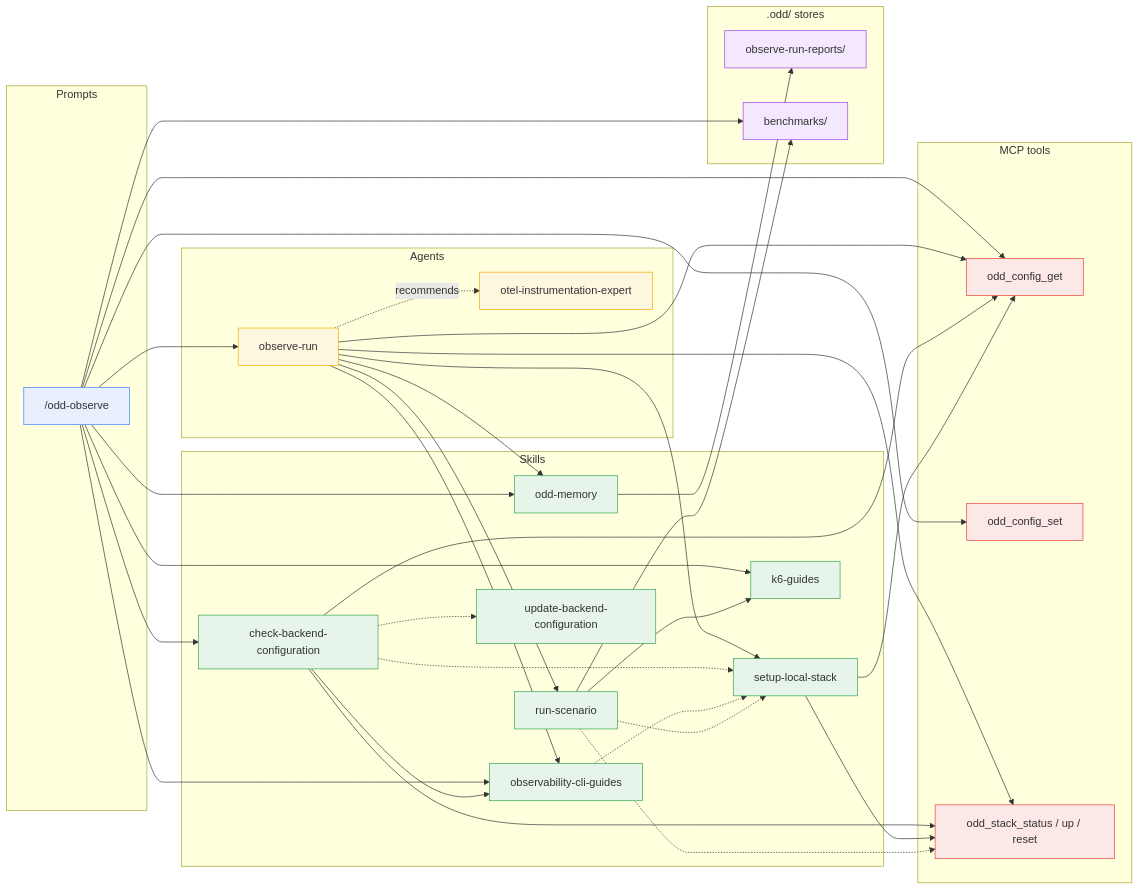
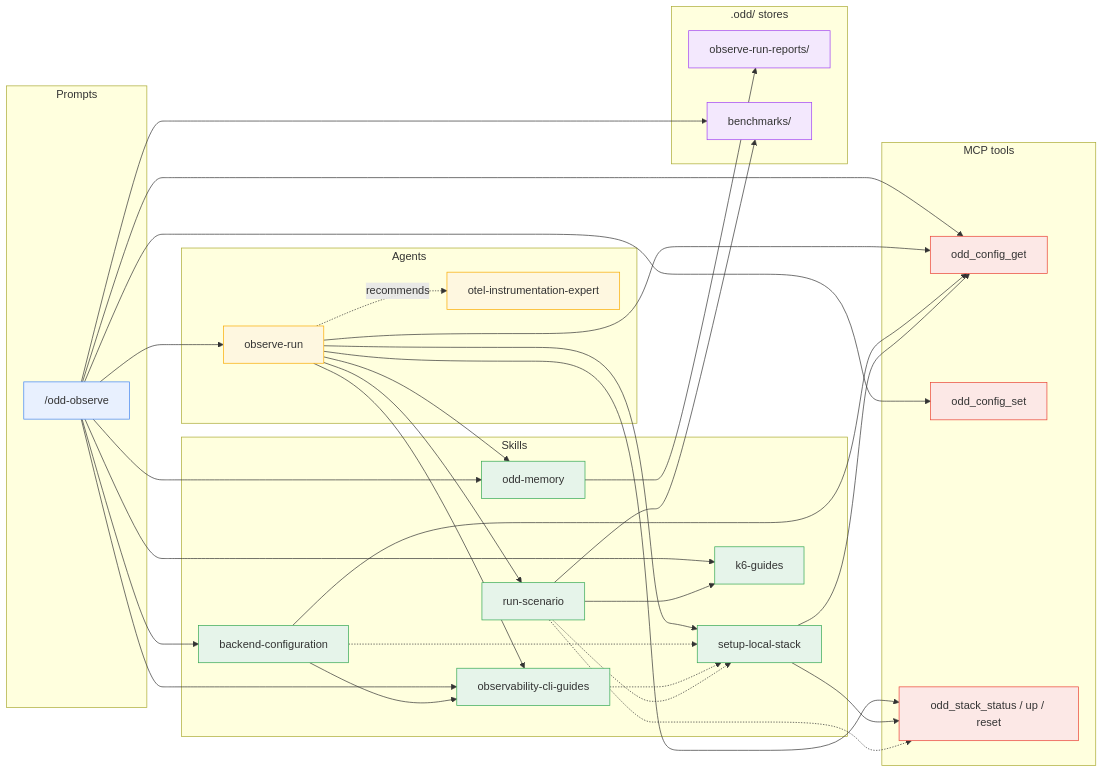
One commit to using-system/oddyssey changed the third of 7 diagrams in docs/guide/dependencies.md. Above: the diagram before and after it, drawn with Mermaid. The commit also changed other lines of this file and 14 other files, not shown here.

Commit message:
feat(skill): backend-configuration - one skill for the check and the switch of the configured backend (#318)

````diff
--- a/docs/guide/dependencies.md
+++ b/docs/guide/dependencies.md
@@ -144,76 +144,73 @@
 ```mermaid
 flowchart LR
   subgraph Prompts
     observe["/odd-observe"]
   end
 
   subgraph Agents
     runner[observe-run]
     expert[otel-instrumentation-expert]
   end
 
   subgraph Skills
-    cbc[check-backend-configuration]
+    bc[backend-configuration]
     ocg[observability-cli-guides]
     sls[setup-local-stack]
     rs[run-scenario]
     kg[k6-guides]
     mem[odd-memory]
-    ubc[update-backend-configuration]
   end
 
   subgraph MCP["MCP tools"]
     cfgget[odd_config_get]
     cfgset[odd_config_set]
     stack[odd_stack_status / up / reset]
   end
 
   subgraph Stores[".odd/ stores"]
     obsdir[observe-run-reports/]
     benchdir[benchmarks/]
   end
 
   observe --> runner
-  observe --> cbc
+  observe --> bc
   observe --> mem
   observe --> cfgget
   observe --> cfgset
   observe --> kg
   observe --> ocg
   observe --> benchdir
   mem --> obsdir
 
   runner --> ocg
   runner --> sls
   runner --> rs
   runner --> mem
   runner --> cfgget
   runner --> stack
   runner -. recommends .-> expert
 
-  cbc -.-> sls
-  cbc -.-> ubc
-  cbc --> ocg
-  cbc --> cfgget
-  cbc --> stack
+  bc -.-> sls
+  bc --> ocg
+  bc --> cfgget
   ocg -.-> sls
   sls --> cfgget
   sls --> stack
   rs -.-> stack
   rs -.-> sls
   rs --> kg
   rs --> benchdir
 
 
 
   classDef prompt fill:#e8f0fe,stroke:#4285f4
   classDef agent fill:#fef7e0,stroke:#f9ab00
   classDef skill fill:#e6f4ea,stroke:#34a853
   classDef mcp fill:#fce8e6,stroke:#ea4335
   classDef store fill:#f3e8fd,stroke:#a142f4
   class observe prompt
   class runner,expert agent
-  class cbc,ocg,sls,rs,kg,mem,ubc skill
+  class bc,ocg,sls,rs,kg,mem skill
   class cfgget,cfgset,stack mcp
   class obsdir,benchdir store
 ```
````
